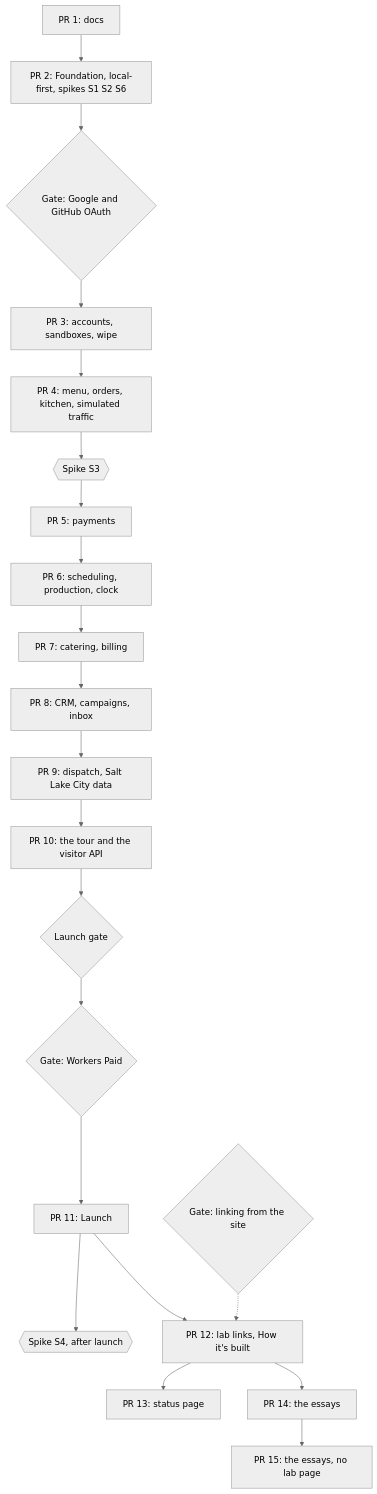
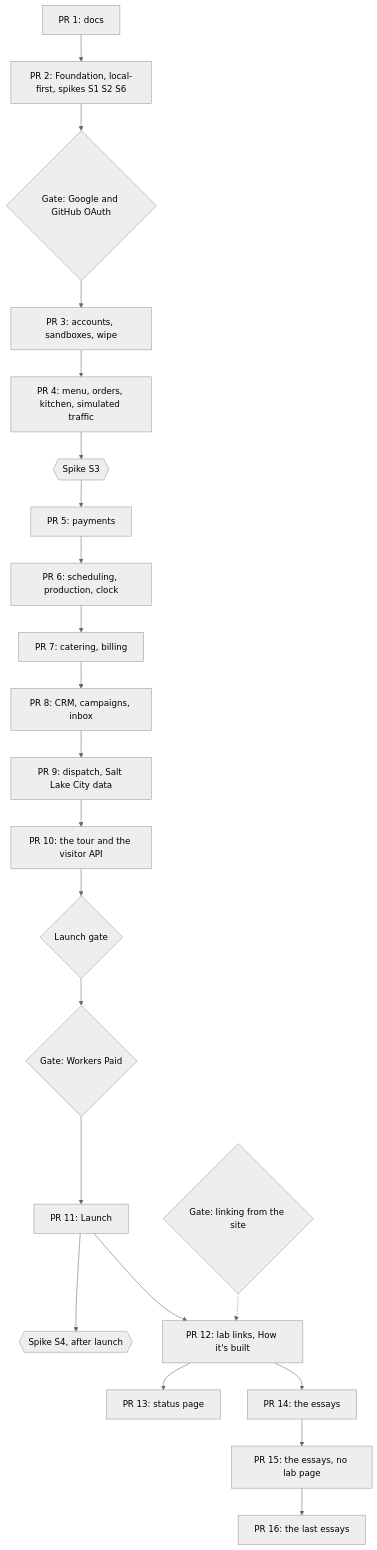
Before and after one commit to IHaveASegway/bakery: the diagram in docs/roadmap.md, drawn with Mermaid (neutral theme). The commit also changed other lines of this file and 6 other files, not shown here.

````diff
--- a/docs/roadmap.md
+++ b/docs/roadmap.md
@@ -70,13 +71,13 @@
 ```mermaid
 flowchart TB
   P1["PR 1: docs"] --> P2["PR 2: Foundation, local-first, spikes S1 S2 S6"]
   P2 --> OG{"Gate: Google and GitHub OAuth"} --> P3["PR 3: accounts, sandboxes, wipe"] --> P4["PR 4: menu, orders, kitchen, simulated traffic"]
   P4 --> S3{{"Spike S3"}} --> P5["PR 5: payments"]
   P5 --> P6["PR 6: scheduling, production, clock"] --> P7["PR 7: catering, billing"] --> P8["PR 8: CRM, campaigns, inbox"] --> P9["PR 9: dispatch, Salt Lake City data"]
   P9 --> P10["PR 10: the tour and the visitor API"]
   P10 --> LG{"Launch gate"} --> WP{"Gate: Workers Paid"} --> P11["PR 11: Launch"]
   P11 --> S4{{"Spike S4, after launch"}}
   LG2{"Gate: linking from the site"} -.-> P12
   P11 --> P12["PR 12: lab links, How it's built"] --> P13["PR 13: status page"]
-  P12 --> P14["PR 14: the essays"] --> P15["PR 15: the essays, no lab page"]
+  P12 --> P14["PR 14: the essays"] --> P15["PR 15: the essays, no lab page"] --> P16["PR 16: the last essays"]
 ```
````
